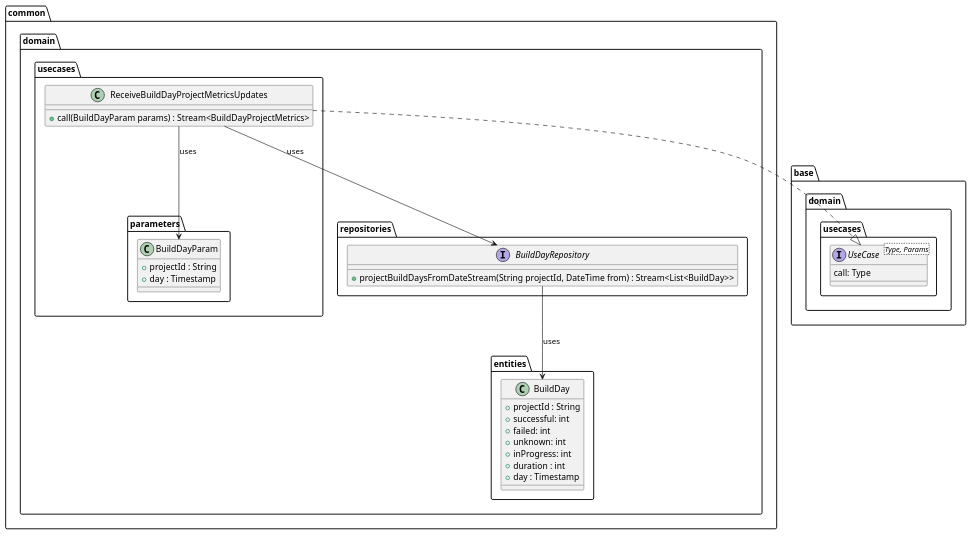
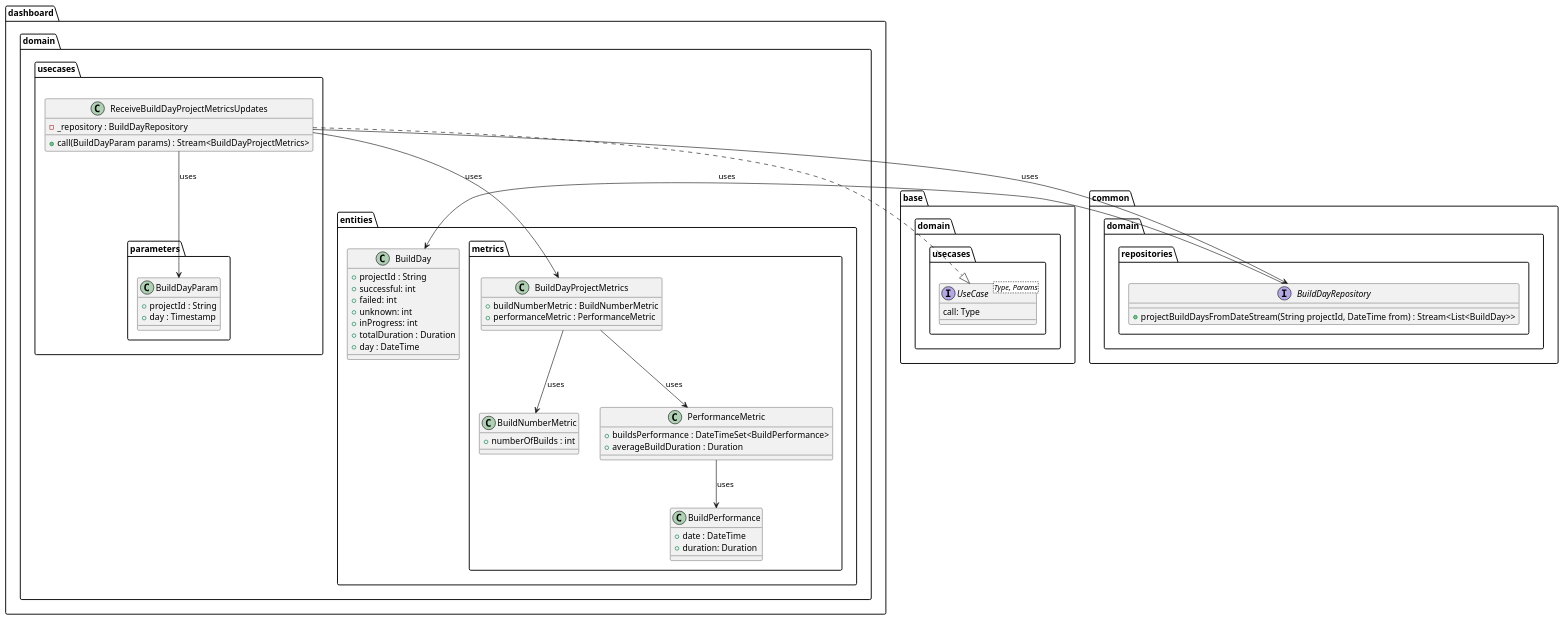
Before and after one commit to Flank/flank-dashboard: the diagram in metrics/web/docs/features/builds_aggregation/diagrams/build_days_domain_layer_class_diagram.puml, drawn with PlantUML. The commit also changed 4 other files, not shown here.

Commit message:
Fix diagrams and structure of the doc

```diff
--- a/metrics/web/docs/features/builds_aggregation/diagrams/build_days_domain_layer_class_diagram.puml
+++ b/metrics/web/docs/features/builds_aggregation/diagrams/build_days_domain_layer_class_diagram.puml
@@ -1,47 +1,71 @@
 @startuml build_days_domain_layer_class_diagram
 
 package base.domain.usecases {
     interface UseCase<Type, Params> {
         call: Type
     }
 }
 
-package common.domain {
+package common.domain.repositories {
+    interface BuildDayRepository {
+        + projectBuildDaysFromDateStream(String projectId, DateTime from) : Stream<List<BuildDay>>
+    } 
+}
+
+package dashboard.domain {
     package entities {
         class BuildDay {
             + projectId : String
             + successful: int
             + failed: int
             + unknown: int
             + inProgress: int
-            + duration : int
-            + day : Timestamp
+            + totalDuration : Duration
+            + day : DateTime
         }
-    }
-    
-    package repositories {
-        interface BuildDayRepository {
-            + projectBuildDaysFromDateStream(String projectId, DateTime from) : Stream<List<BuildDay>>
+
+        package metrics {
+            class BuildNumberMetric {
+                + numberOfBuilds : int
+            }
+            class BuildPerformance {
+                    + date : DateTime
+                    + duration: Duration
+            }
+            class PerformanceMetric {
+                + buildsPerformance : DateTimeSet<BuildPerformance>
+                + averageBuildDuration : Duration
+            }
+            class BuildDayProjectMetrics {
+                + buildNumberMetric : BuildNumberMetric
+                + performanceMetric : PerformanceMetric
+            }
         }
     }
 
     package usecases {
         class ReceiveBuildDayProjectMetricsUpdates {
+            - _repository : BuildDayRepository
             + call(BuildDayParam params) : Stream<BuildDayProjectMetrics>
         }
 
         package parameters {
             class BuildDayParam {
                 + projectId : String
                 + day : Timestamp
             }
         }
-    }    
+    }  
 }
 
 BuildDayRepository --> BuildDay : uses
 ReceiveBuildDayProjectMetricsUpdates ..|> UseCase
 ReceiveBuildDayProjectMetricsUpdates --> BuildDayRepository : uses
 ReceiveBuildDayProjectMetricsUpdates --> BuildDayParam : uses
+ReceiveBuildDayProjectMetricsUpdates --> BuildDayProjectMetrics : uses
+
+BuildDayProjectMetrics --> BuildNumberMetric : uses
+BuildDayProjectMetrics --> PerformanceMetric : uses
+PerformanceMetric --> BuildPerformance : uses
 
 @enduml
```
